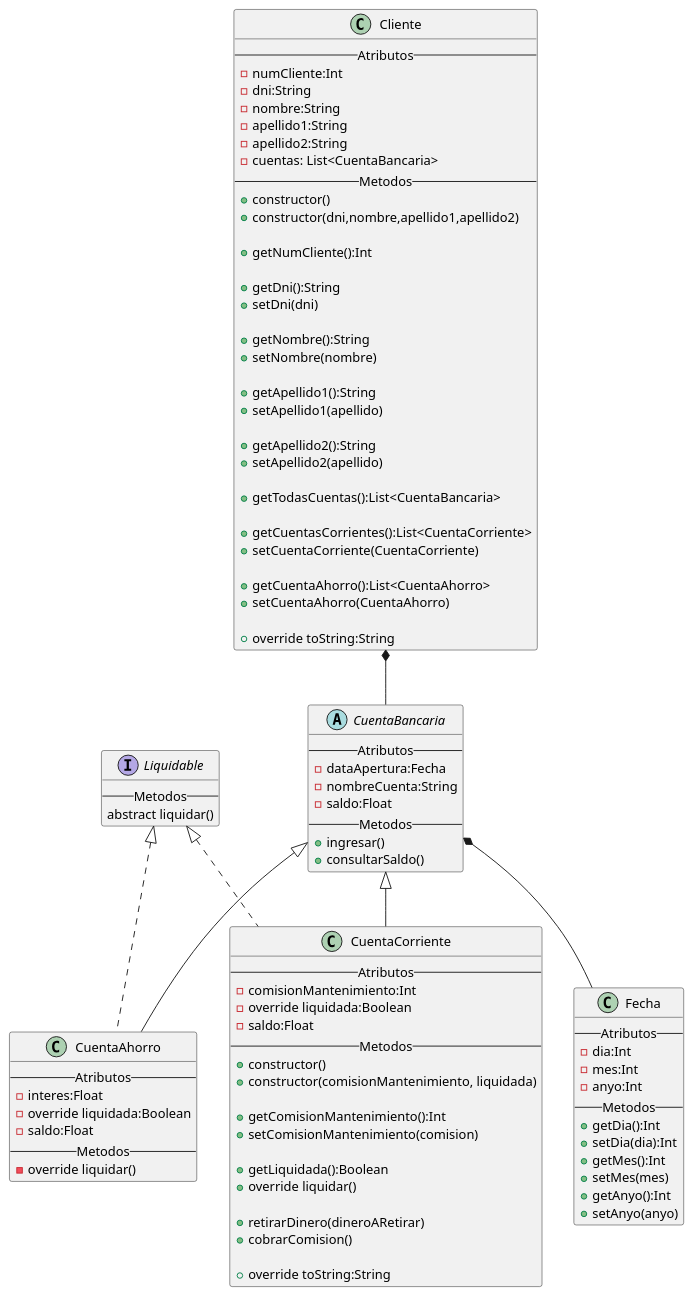
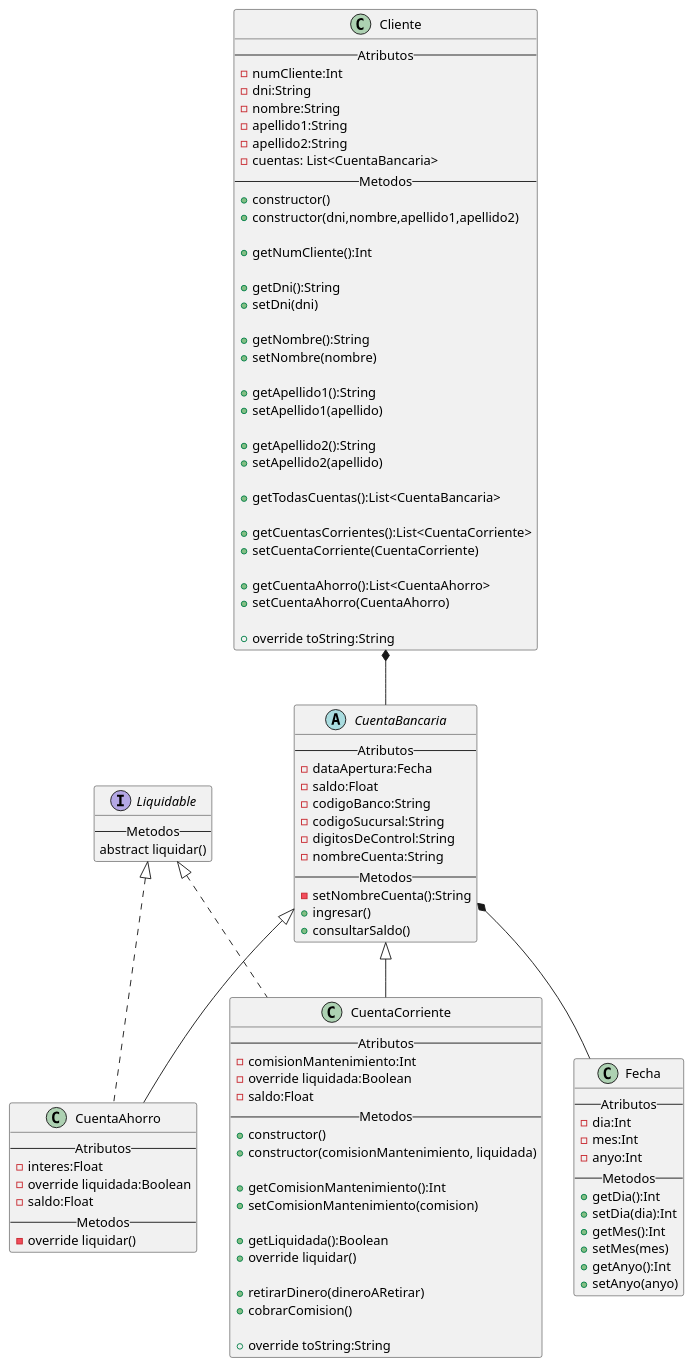
Before and after one commit to MaxDronCode/LadronesLegales: the diagram in src/main/kotlin/uml/DiagramaClases.puml, drawn with PlantUML. The commit also changed 1 other file, not shown here.

Commit message:
Creación Class CuentaBancaria.kt;

```diff
--- a/src/main/kotlin/uml/DiagramaClases.puml
+++ b/src/main/kotlin/uml/DiagramaClases.puml
@@ -1,113 +1,117 @@
 @startuml
 'https://plantuml.com/class-diagram
 
 class Cliente{
 --Atributos--
 -numCliente:Int
 -dni:String
 -nombre:String
 -apellido1:String
 -apellido2:String
 -cuentas: List<CuentaBancaria>
 --Metodos--
 +constructor()
 +constructor(dni,nombre,apellido1,apellido2)
 
 +getNumCliente():Int
 
 +getDni():String
 +setDni(dni)
 
 +getNombre():String
 +setNombre(nombre)
 
 +getApellido1():String
 +setApellido1(apellido)
 
 +getApellido2():String
 +setApellido2(apellido)
 
 +getTodasCuentas():List<CuentaBancaria>
 
 +getCuentasCorrientes():List<CuentaCorriente>
 +setCuentaCorriente(CuentaCorriente)
 
 +getCuentaAhorro():List<CuentaAhorro>
 +setCuentaAhorro(CuentaAhorro)
 
 +override toString:String
 }
 abstract CuentaBancaria{
 --Atributos--
 -dataApertura:Fecha
+-saldo:Float
+-codigoBanco:String
+-codigoSucursal:String
+-digitosDeControl:String
 -nombreCuenta:String
--saldo:Float
 --Metodos--
+-setNombreCuenta():String
 +ingresar()
 +consultarSaldo()
 }
 
 class CuentaCorriente{
 --Atributos--
 -comisionMantenimiento:Int
 -override liquidada:Boolean
 -saldo:Float
 --Metodos--
 +constructor()
 +constructor(comisionMantenimiento, liquidada)
 
 +getComisionMantenimiento():Int
 +setComisionMantenimiento(comision)
 
 +getLiquidada():Boolean
 +override liquidar()
 
 +retirarDinero(dineroARetirar)
 +cobrarComision()
 
 +override toString:String
 }
 
 class CuentaAhorro{
 --Atributos--
 -interes:Float
 -override liquidada:Boolean
 -saldo:Float
 --Metodos--
 -override liquidar()
 }
 
 interface Liquidable {
 --Metodos--
 abstract liquidar()
 }
 
 class Fecha {
 --Atributos--
 -dia:Int
 -mes:Int
 -anyo:Int
 --Metodos--
 +getDia():Int
 +setDia(dia):Int
 +getMes():Int
 +setMes(mes)
 +getAnyo():Int
 +setAnyo(anyo)
 }
 
 
 CuentaBancaria <|-- CuentaAhorro
 CuentaBancaria <|-- CuentaCorriente
 CuentaBancaria *-- Fecha
 
 Liquidable <|.. CuentaAhorro
 Liquidable <|.. CuentaCorriente
 
 Cliente *-- CuentaBancaria
 
 
 
 
 
 @enduml
```
